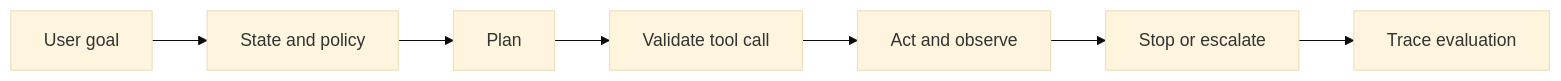
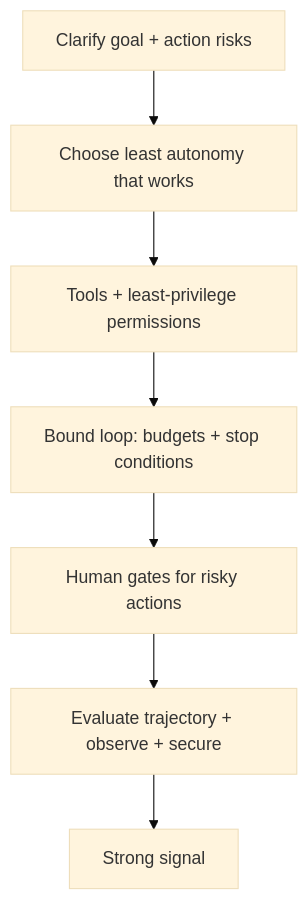
One commit to Icon1cc/Machine-Learning changed the diagram in agents/13-agent-interview-patterns.md. Above: the diagram before and after it, drawn with Mermaid (base theme). The commit also changed other lines of this file and 118 other files, not shown here.

````diff
--- a/agents/13-agent-interview-patterns.md
+++ b/agents/13-agent-interview-patterns.md
@@ -100,9 +74,9 @@
 ```mermaid
-flowchart LR
-    A[User goal] --> B[State and policy]
-    B --> C[Plan]
-    C --> D[Validate tool call]
-    D --> E[Act and observe]
-    E --> F[Stop or escalate]
-    F --> G[Trace evaluation]
+flowchart TD
+    A[Clarify goal + action risks] --> B[Choose least autonomy that works]
+    B --> C[Tools + least-privilege permissions]
+    C --> D[Bound loop: budgets + stop conditions]
+    D --> E[Human gates for risky actions]
+    E --> F[Evaluate trajectory + observe + secure]
+    F --> G[Strong signal]
 ```
````
